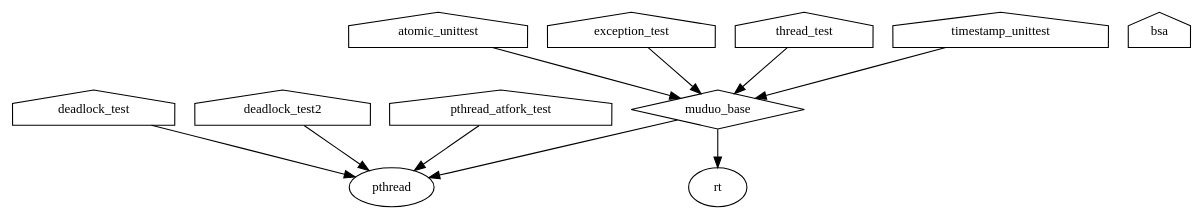
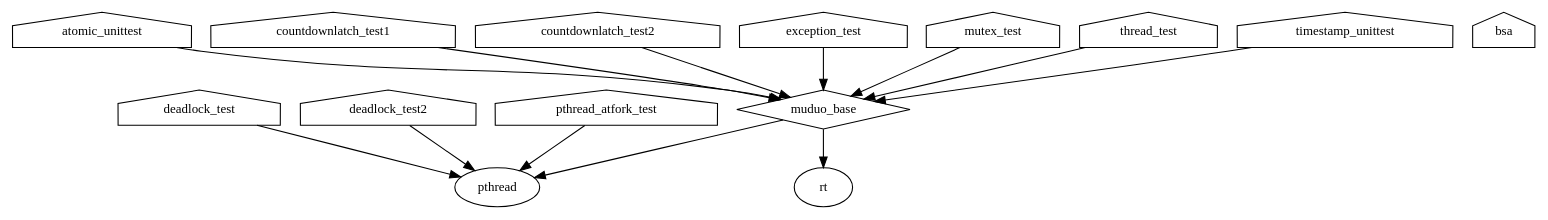
One commit to xsun89/ModouAnalyze changed the diagram in build/debug/dep.dot. Above: the diagram before and after it, drawn with Graphviz. The commit also changed 95 other files, not shown here.

```diff
--- a/build/debug/dep.dot
+++ b/build/debug/dep.dot
@@ -1,25 +1,31 @@
 digraph GG {
 node [
   fontsize = "12"
 ];
     "node1" [ label="atomic_unittest" shape="house"];
     "node0" [ label="muduo_base" shape="diamond"];
     "node1" -> "node0" // atomic_unittest -> muduo_base
-    "node9" [ label="pthread" shape="ellipse"];
-    "node0" -> "node9" // muduo_base -> pthread
-    "node10" [ label="rt" shape="ellipse"];
-    "node0" -> "node10" // muduo_base -> rt
-    "node5" [ label="bsa" shape="house"];
-    "node6" [ label="deadlock_test" shape="house"];
-    "node6" -> "node9" // deadlock_test -> pthread
-    "node7" [ label="deadlock_test2" shape="house"];
-    "node7" -> "node9" // deadlock_test2 -> pthread
+    "node12" [ label="pthread" shape="ellipse"];
+    "node0" -> "node12" // muduo_base -> pthread
+    "node13" [ label="rt" shape="ellipse"];
+    "node0" -> "node13" // muduo_base -> rt
+    "node6" [ label="bsa" shape="house"];
+    "node7" [ label="countdownlatch_test1" shape="house"];
+    "node7" -> "node0" // countdownlatch_test1 -> muduo_base
+    "node8" [ label="countdownlatch_test2" shape="house"];
+    "node8" -> "node0" // countdownlatch_test2 -> muduo_base
+    "node9" [ label="deadlock_test" shape="house"];
+    "node9" -> "node12" // deadlock_test -> pthread
+    "node10" [ label="deadlock_test2" shape="house"];
+    "node10" -> "node12" // deadlock_test2 -> pthread
     "node2" [ label="exception_test" shape="house"];
     "node2" -> "node0" // exception_test -> muduo_base
-    "node8" [ label="pthread_atfork_test" shape="house"];
-    "node8" -> "node9" // pthread_atfork_test -> pthread
-    "node3" [ label="thread_test" shape="house"];
-    "node3" -> "node0" // thread_test -> muduo_base
-    "node4" [ label="timestamp_unittest" shape="house"];
-    "node4" -> "node0" // timestamp_unittest -> muduo_base
+    "node3" [ label="mutex_test" shape="house"];
+    "node3" -> "node0" // mutex_test -> muduo_base
+    "node11" [ label="pthread_atfork_test" shape="house"];
+    "node11" -> "node12" // pthread_atfork_test -> pthread
+    "node4" [ label="thread_test" shape="house"];
+    "node4" -> "node0" // thread_test -> muduo_base
+    "node5" [ label="timestamp_unittest" shape="house"];
+    "node5" -> "node0" // timestamp_unittest -> muduo_base
 }
```
